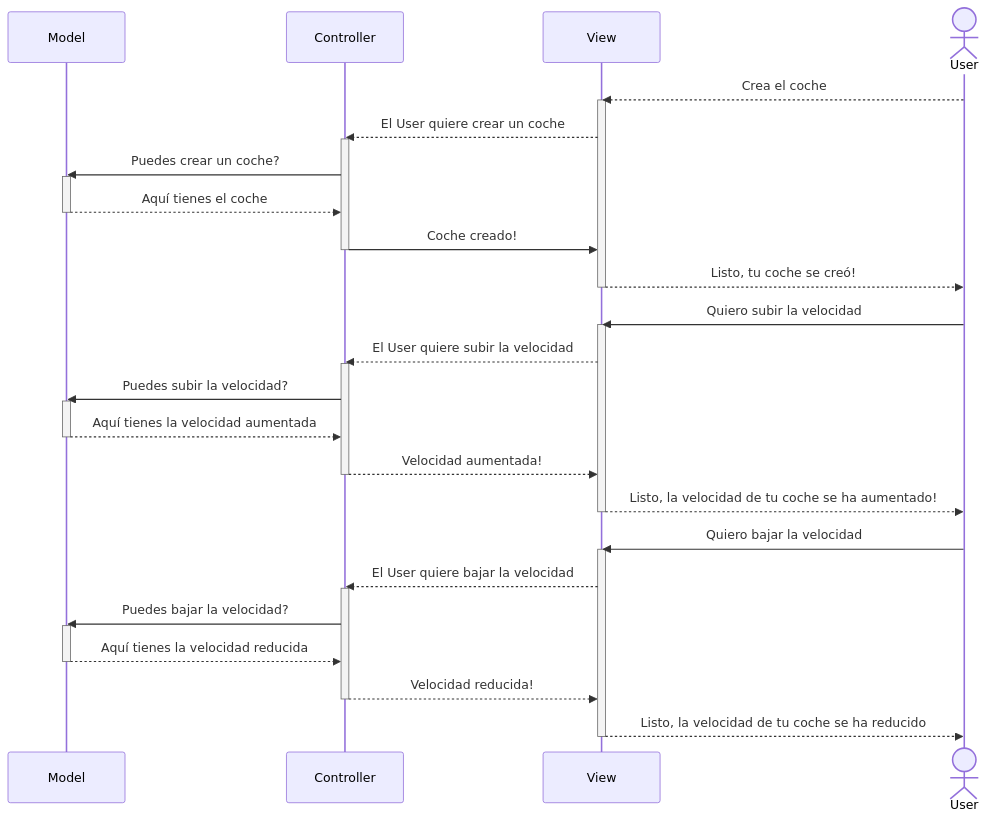
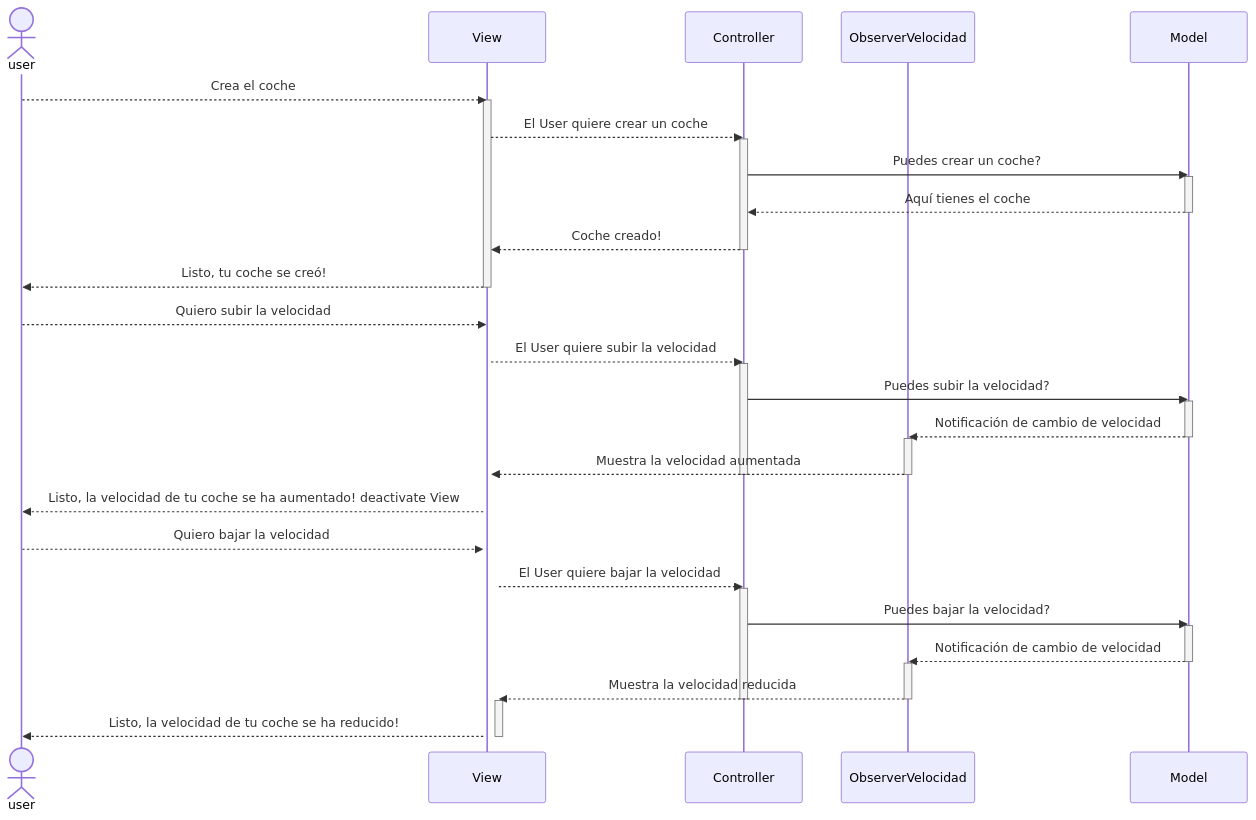
One commit to LuciaB16/MVC_coches changed the second of 4 diagrams in Readme.md. Above: the diagram before and after it, drawn with Mermaid. The commit also changed other lines of this file, not shown here.

Commit message:
Actualización Readme Observer

````diff
--- a/Readme.md
+++ b/Readme.md
@@ -51,46 +65,50 @@
 ```mermaid
 sequenceDiagram
+    actor user
+    participant View
+    participant Controller
+    participant ObserverVelocidad
     participant Model
-    participant Controller
-    participant View
-    actor User
     
-    User-->>View: Crea el coche
+    user-->>View: Crea el coche
     activate View
     View-->>Controller: El User quiere crear un coche
     activate Controller
     Controller->>Model: Puedes crear un coche?
     activate Model
     Model-->>Controller: Aquí tienes el coche
     deactivate Model
-    Controller->>View: Coche creado!
+    Controller-->>View: Coche creado!
     deactivate Controller
-    View-->>User: Listo, tu coche se creó!
+    View-->>user: Listo, tu coche se creó!
     deactivate View
     
-    User->>View: Quiero subir la velocidad
+    user-->>View: Quiero subir la velocidad
     activate View
     View-->>Controller: El User quiere subir la velocidad
     activate Controller
     Controller->>Model: Puedes subir la velocidad?
     activate Model
-    Model-->>Controller: Aquí tienes la velocidad aumentada
+    Model-->>ObserverVelocidad: Notificación de cambio de velocidad
     deactivate Model
-    Controller-->>View: Velocidad aumentada!
+    activate ObserverVelocidad
+    ObserverVelocidad-->>+View: Muestra la velocidad aumentada
+    deactivate ObserverVelocidad
     deactivate Controller
-    View-->>User: Listo, la velocidad de tu coche se ha aumentado!
-    deactivate View
+    View-->>user: Listo, la velocidad de tu coche se ha aumentado!    deactivate View
     
-    User->>View: Quiero bajar la velocidad
+    user-->>View: Quiero bajar la velocidad
     activate View
     View-->>Controller: El User quiere bajar la velocidad
     activate Controller
     Controller->>Model: Puedes bajar la velocidad?
     activate Model
-    Model-->>Controller: Aquí tienes la velocidad reducida
+    Model-->>ObserverVelocidad: Notificación de cambio de velocidad
     deactivate Model
-    Controller-->>View: Velocidad reducida!
+    activate ObserverVelocidad
+    ObserverVelocidad-->>+View: Muestra la velocidad reducida
+    deactivate ObserverVelocidad
     deactivate Controller
-    View-->>User: Listo, la velocidad de tu coche se ha reducido
+    View-->>user: Listo, la velocidad de tu coche se ha reducido! 
     deactivate View
 ```
````
